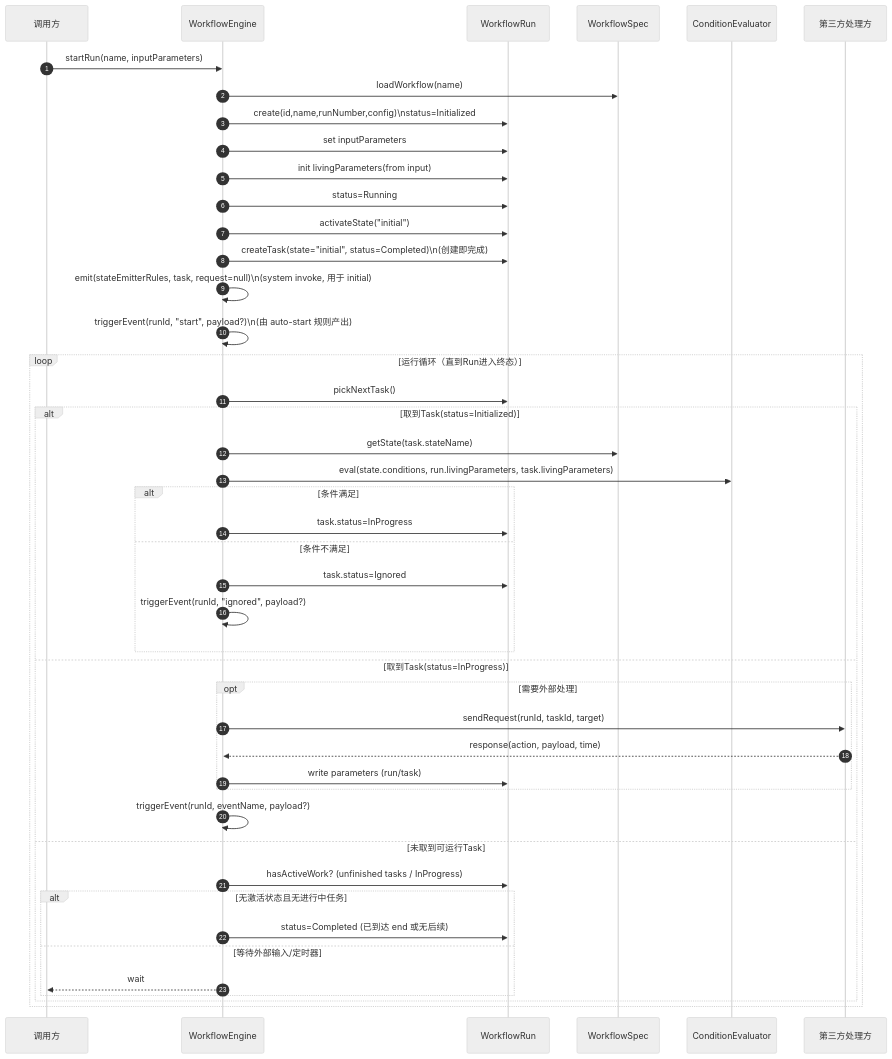
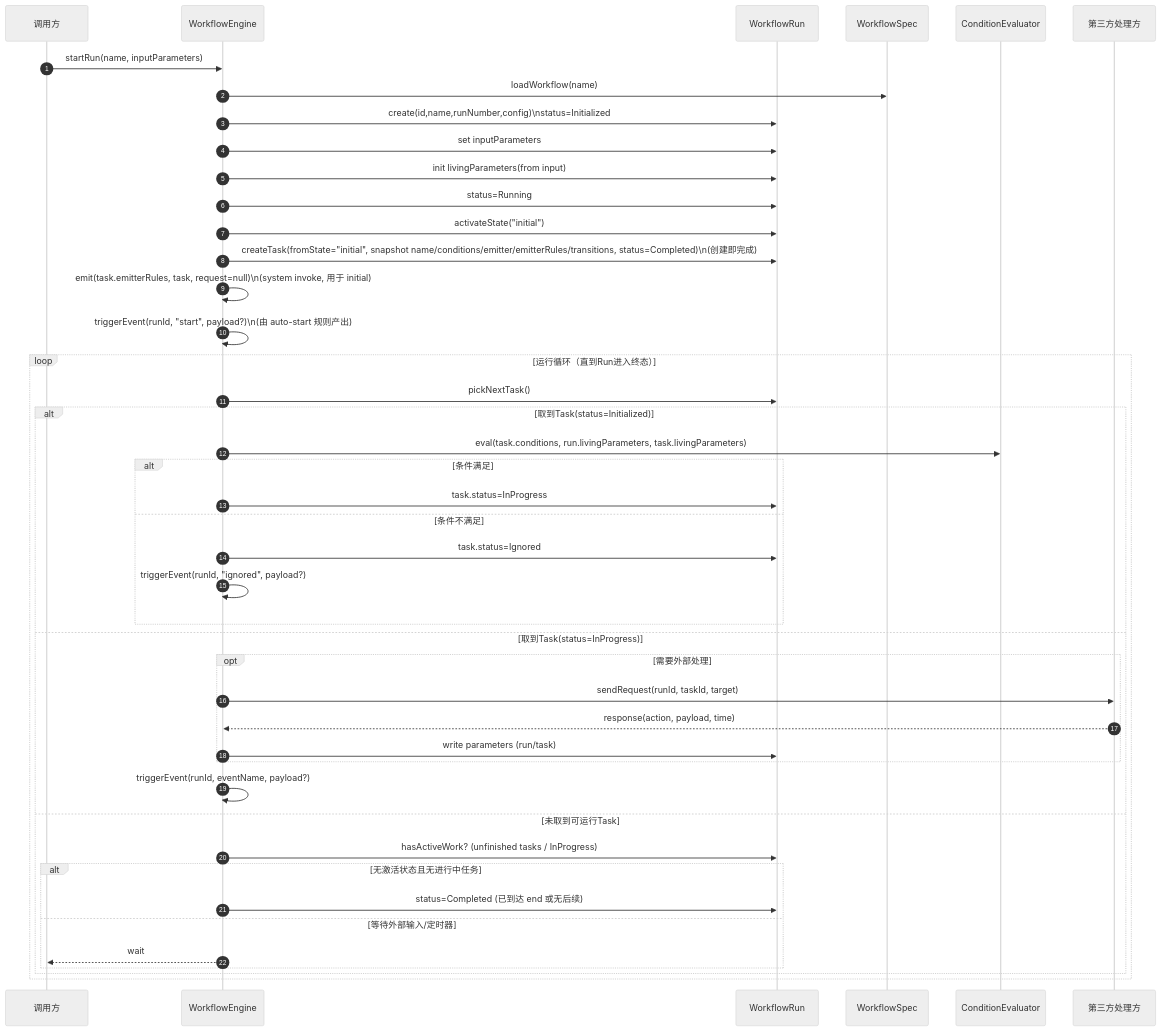
One commit to lchrennew/es-workflow changed the fourth of 8 diagrams in docs/design/20-runtime-domain.md. Above: the diagram before and after it, drawn with Mermaid (neutral theme). The commit also changed other lines of this file and 4 other files, not shown here.

````diff
--- a/docs/design/20-runtime-domain.md
+++ b/docs/design/20-runtime-domain.md
@@ -317,49 +343,48 @@
 ```mermaid
 sequenceDiagram
 autonumber
 participant Caller as 调用方
 participant Engine as WorkflowEngine
 participant Run as WorkflowRun
 participant Spec as WorkflowSpec
 participant Cond as ConditionEvaluator
 participant Third as 第三方处理方
 
 Caller->>Engine: startRun(name, inputParameters)
 Engine->>Spec: loadWorkflow(name)
 Engine->>Run: create(id,name,runNumber,config)\nstatus=Initialized
 Engine->>Run: set inputParameters
 Engine->>Run: init livingParameters(from input)
 Engine->>Run: status=Running
 Engine->>Run: activateState("initial")
-Engine->>Run: createTask(state="initial", status=Completed)\n(创建即完成)
-Engine->>Engine: emit(stateEmitterRules, task, request=null)\n(system invoke, 用于 initial)
+Engine->>Run: createTask(fromState="initial", snapshot name/conditions/emitter/emitterRules/transitions, status=Completed)\n(创建即完成)
+Engine->>Engine: emit(task.emitterRules, task, request=null)\n(system invoke, 用于 initial)
 Engine->>Engine: triggerEvent(runId, "start", payload?)\n(由 auto-start 规则产出)
 
 loop 运行循环（直到Run进入终态）
   Engine->>Run: pickNextTask()
   alt 取到Task(status=Initialized)
-    Engine->>Spec: getState(task.stateName)
-    Engine->>Cond: eval(state.conditions, run.livingParameters, task.livingParameters)
+    Engine->>Cond: eval(task.conditions, run.livingParameters, task.livingParameters)
     alt 条件满足
       Engine->>Run: task.status=InProgress
     else 条件不满足
       Engine->>Run: task.status=Ignored
       Engine->>Engine: triggerEvent(runId, "ignored", payload?)
     end
   else 取到Task(status=InProgress)
     opt 需要外部处理
       Engine->>Third: sendRequest(runId, taskId, target)
       Third-->>Engine: response(action, payload, time)
       Engine->>Run: write parameters (run/task)
     end
     Engine->>Engine: triggerEvent(runId, eventName, payload?)
   else 未取到可运行Task
     Engine->>Run: hasActiveWork? (unfinished tasks / InProgress)
     alt 无激活状态且无进行中任务
       Engine->>Run: status=Completed (已到达 end 或无后续)
     else 等待外部输入/定时器
       Engine-->>Caller: wait
     end
   end
 end
 ```
````
